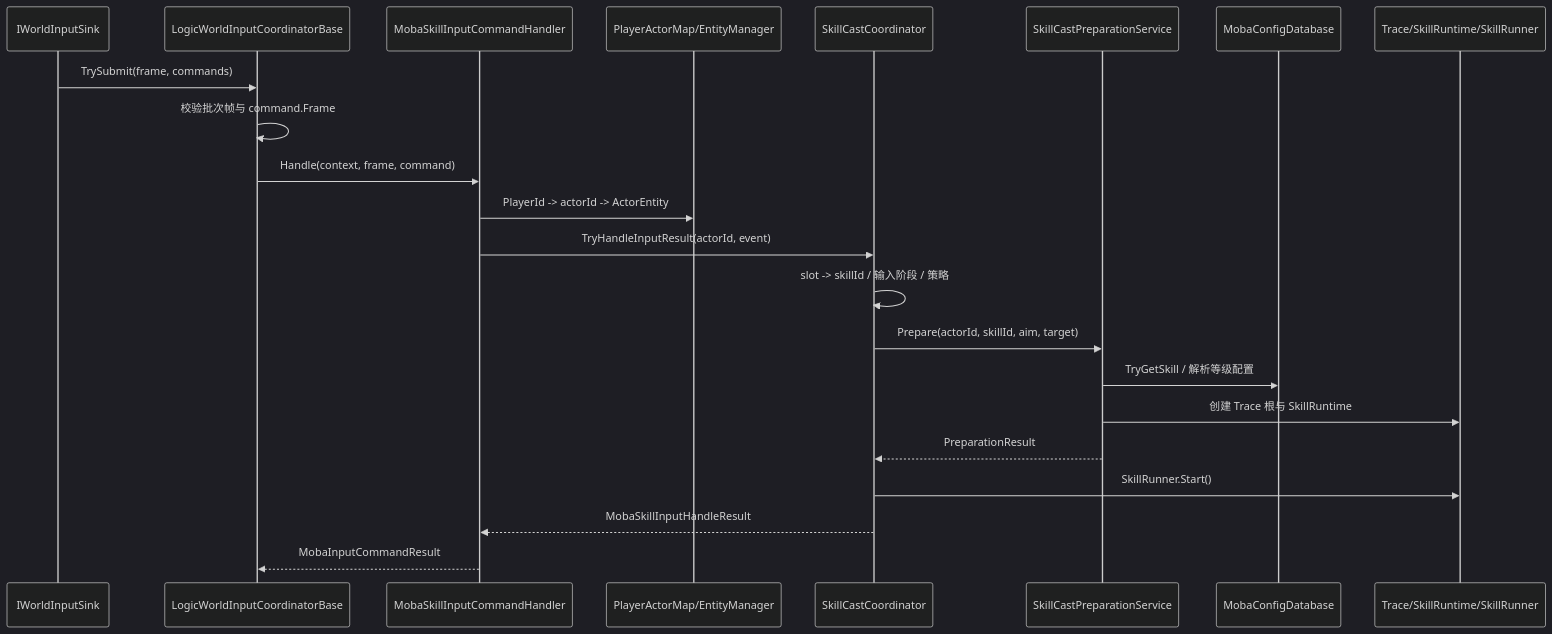
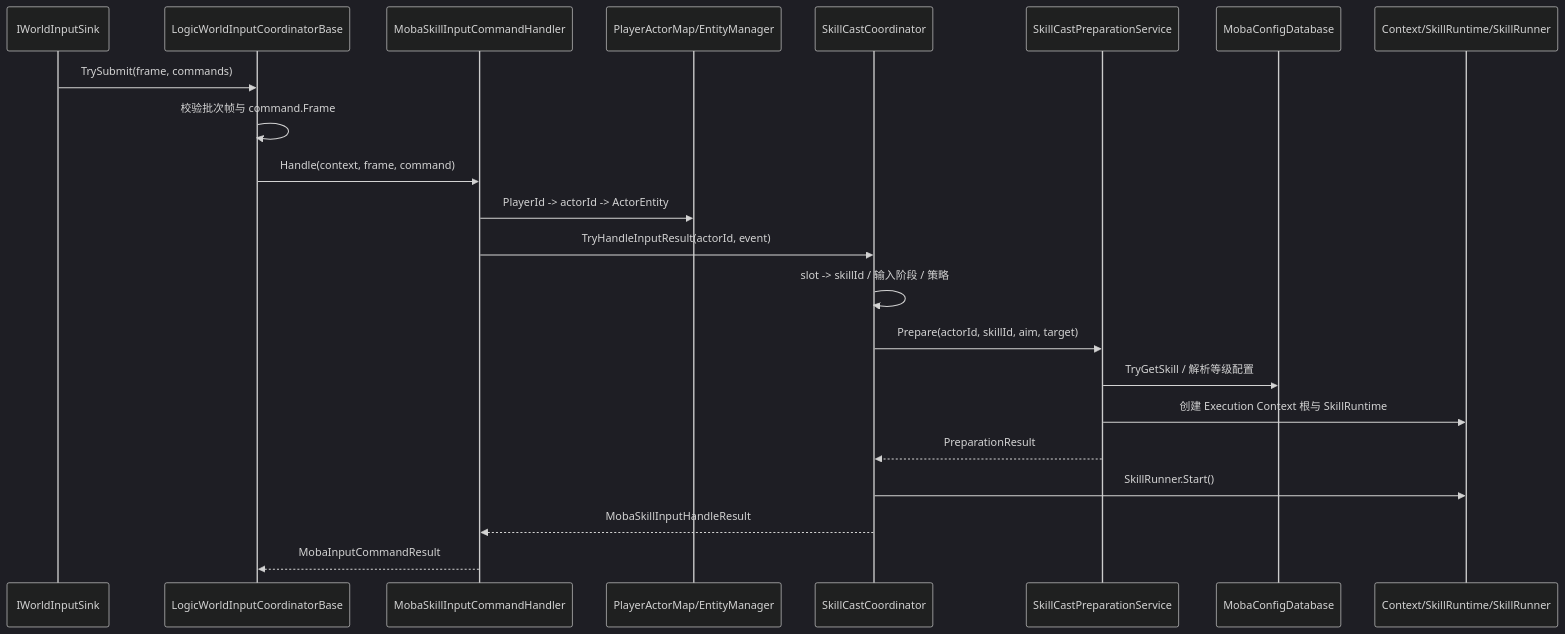
The fourth of 4 diagrams in Docs/design/09-ImplementationExamples/MOBA/02-InputSkillConfigEntity.md (HOBOBO/AbilityKit), drawn with Mermaid (dark theme) before and after one commit. The commit also changed other lines of this file and 1591 other files, not shown here.

````diff
--- a/Docs/design/09-ImplementationExamples/MOBA/02-InputSkillConfigEntity.md
+++ b/Docs/design/09-ImplementationExamples/MOBA/02-InputSkillConfigEntity.md
@@ -163,25 +163,25 @@
 ```mermaid
 sequenceDiagram
     participant Port as IWorldInputSink
     participant Base as LogicWorldInputCoordinatorBase
     participant Handler as MobaSkillInputCommandHandler
     participant Map as PlayerActorMap/EntityManager
     participant Cast as SkillCastCoordinator
     participant Prep as SkillCastPreparationService
     participant Config as MobaConfigDatabase
-    participant Runtime as Trace/SkillRuntime/SkillRunner
+    participant Runtime as Context/SkillRuntime/SkillRunner
 
     Port->>Base: TrySubmit(frame, commands)
     Base->>Base: 校验批次帧与 command.Frame
     Base->>Handler: Handle(context, frame, command)
     Handler->>Map: PlayerId -> actorId -> ActorEntity
     Handler->>Cast: TryHandleInputResult(actorId, event)
     Cast->>Cast: slot -> skillId / 输入阶段 / 策略
     Cast->>Prep: Prepare(actorId, skillId, aim, target)
     Prep->>Config: TryGetSkill / 解析等级配置
-    Prep->>Runtime: 创建 Trace 根与 SkillRuntime
+    Prep->>Runtime: 创建 Execution Context 根与 SkillRuntime
     Prep-->>Cast: PreparationResult
     Cast->>Runtime: SkillRunner.Start()
     Cast-->>Handler: MobaSkillInputHandleResult
     Handler-->>Base: MobaInputCommandResult
 ```
````
